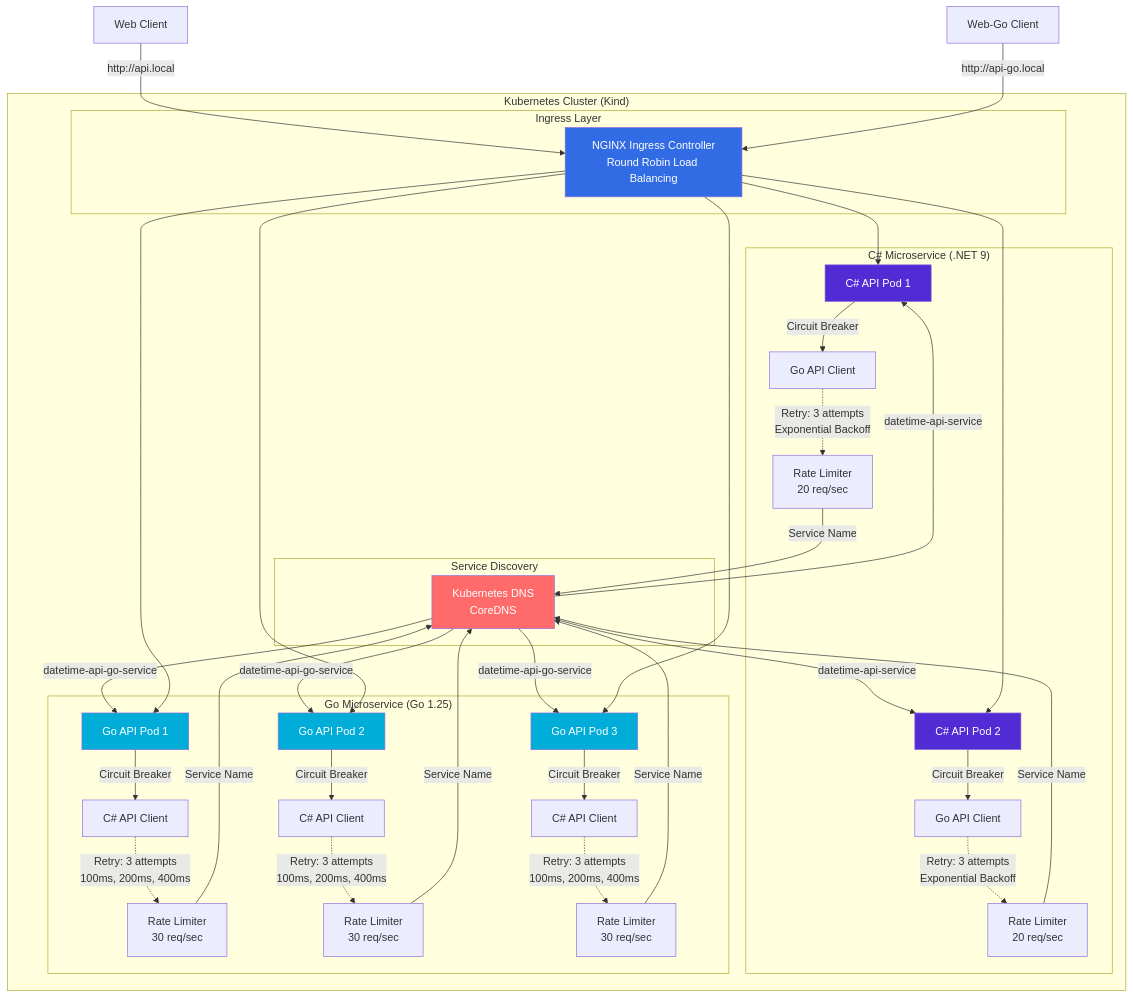
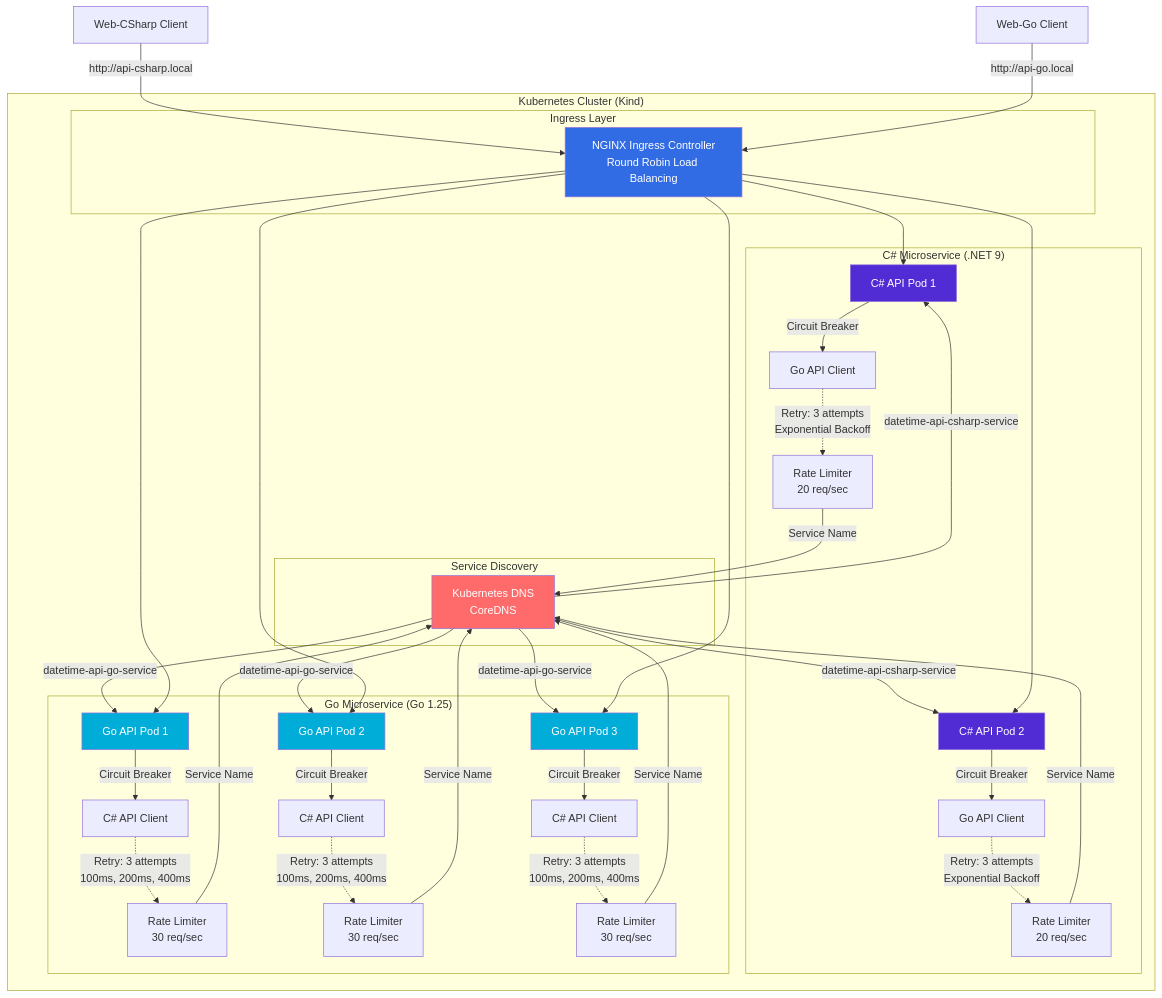
One commit to esersahin/datetime-k8s changed the first of 5 diagrams in docs/architecture-diagram.md. Above: the diagram before and after it, drawn with Mermaid. The commit also changed 57 other files, not shown here.

````diff
--- a/docs/architecture-diagram.md
+++ b/docs/architecture-diagram.md
@@ -5,67 +5,67 @@
 ```mermaid
 graph TB
     subgraph "Kubernetes Cluster (Kind)"
         subgraph "Ingress Layer"
             Ingress[NGINX Ingress Controller<br/>Round Robin Load Balancing]
         end
 
         subgraph "C# Microservice (.NET 9)"
-            API1[C# API Pod 1]
-            API2[C# API Pod 2]
+            CSharpAPI1[C# API Pod 1]
+            CSharpAPI2[C# API Pod 2]
 
-            API1 --> |Circuit Breaker| GoClient1[Go API Client]
-            API2 --> |Circuit Breaker| GoClient2[Go API Client]
+            CSharpAPI1 --> |Circuit Breaker| GoClient1[Go API Client]
+            CSharpAPI2 --> |Circuit Breaker| GoClient2[Go API Client]
 
             GoClient1 -.-> |Retry: 3 attempts<br/>Exponential Backoff| RateLimit1[Rate Limiter<br/>20 req/sec]
             GoClient2 -.-> |Retry: 3 attempts<br/>Exponential Backoff| RateLimit2[Rate Limiter<br/>20 req/sec]
         end
 
         subgraph "Go Microservice (Go 1.25)"
             GoAPI1[Go API Pod 1]
             GoAPI2[Go API Pod 2]
             GoAPI3[Go API Pod 3]
 
             GoAPI1 --> |Circuit Breaker| CSharpClient1[C# API Client]
             GoAPI2 --> |Circuit Breaker| CSharpClient2[C# API Client]
             GoAPI3 --> |Circuit Breaker| CSharpClient3[C# API Client]
 
             CSharpClient1 -.-> |Retry: 3 attempts<br/>100ms, 200ms, 400ms| RateLimit3[Rate Limiter<br/>30 req/sec]
             CSharpClient2 -.-> |Retry: 3 attempts<br/>100ms, 200ms, 400ms| RateLimit4[Rate Limiter<br/>30 req/sec]
             CSharpClient3 -.-> |Retry: 3 attempts<br/>100ms, 200ms, 400ms| RateLimit5[Rate Limiter<br/>30 req/sec]
         end
 
         subgraph "Service Discovery"
             DNS[Kubernetes DNS<br/>CoreDNS]
         end
 
         RateLimit1 --> |Service Name| DNS
         RateLimit2 --> |Service Name| DNS
         RateLimit3 --> |Service Name| DNS
         RateLimit4 --> |Service Name| DNS
         RateLimit5 --> |Service Name| DNS
 
         DNS --> |datetime-api-go-service| GoAPI1
         DNS --> |datetime-api-go-service| GoAPI2
         DNS --> |datetime-api-go-service| GoAPI3
 
-        DNS --> |datetime-api-service| API1
-        DNS --> |datetime-api-service| API2
+        DNS --> |datetime-api-csharp-service| CSharpAPI1
+        DNS --> |datetime-api-csharp-service| CSharpAPI2
     end
 
-    Client[Web Client] --> |http://api.local| Ingress
+    Client[Web-CSharp Client] --> |http://api-csharp.local| Ingress
     Client2[Web-Go Client] --> |http://api-go.local| Ingress
 
-    Ingress --> API1
-    Ingress --> API2
+    Ingress --> CSharpAPI1
+    Ingress --> CSharpAPI2
     Ingress --> GoAPI1
     Ingress --> GoAPI2
     Ingress --> GoAPI3
 
-    style API1 fill:#512BD4,color:#fff
-    style API2 fill:#512BD4,color:#fff
+    style CSharpAPI1 fill:#512BD4,color:#fff
+    style CSharpAPI2 fill:#512BD4,color:#fff
     style GoAPI1 fill:#00ADD8,color:#fff
     style GoAPI2 fill:#00ADD8,color:#fff
     style GoAPI3 fill:#00ADD8,color:#fff
     style Ingress fill:#326CE5,color:#fff
     style DNS fill:#FF6B6B,color:#fff
 ```
````
